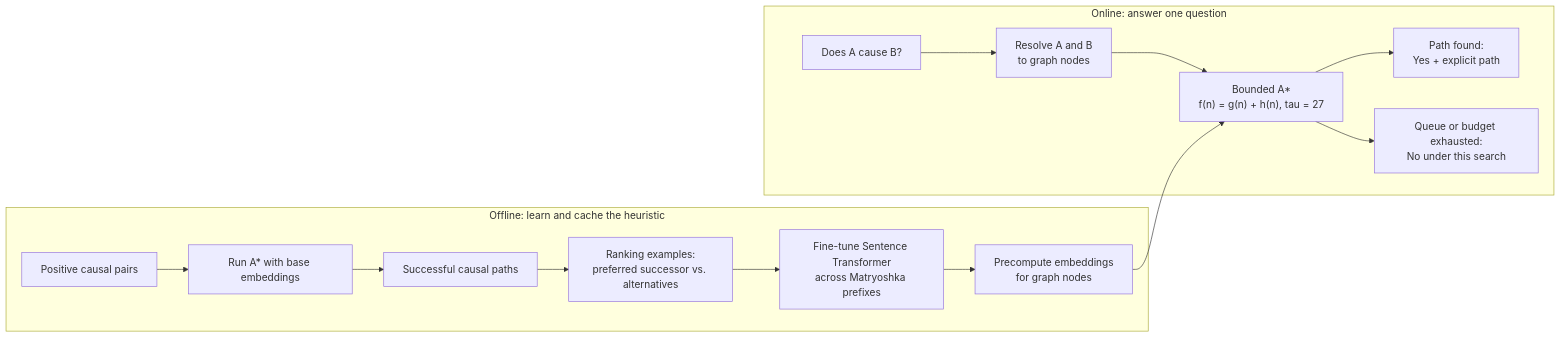
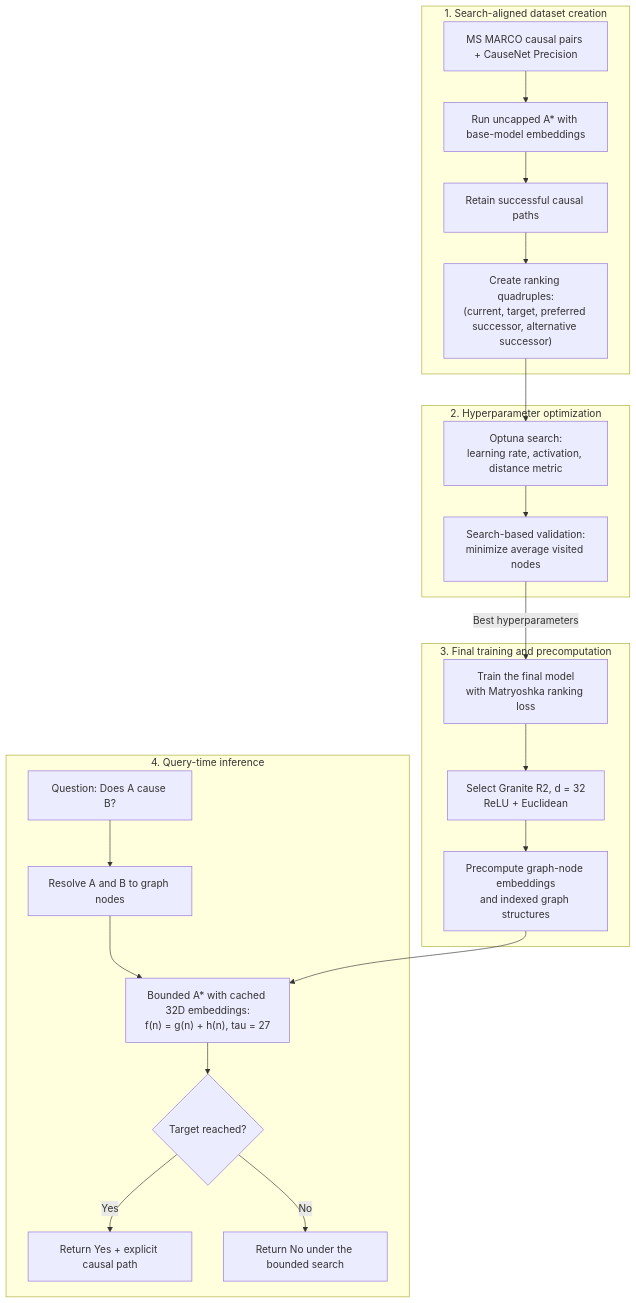
Before and after one commit to AshkanKiafard/thesis: the diagram in README.md, drawn with Mermaid. The commit also changed other lines of this file, not shown here.

Commit message:
Refine README methodology and demo

````diff
--- a/README.md
+++ b/README.md
@@ -24,18 +26,28 @@
 ```mermaid
-flowchart LR
-  subgraph Offline["Offline: learn and cache the heuristic"]
-    Q["Positive causal pairs"] --> B["Run A* with base embeddings"]
-    B --> P["Successful causal paths"]
-    P --> R["Ranking examples:<br/>preferred successor vs. alternatives"]
-    R --> F["Fine-tune Sentence Transformer<br/>across Matryoshka prefixes"]
-    F --> E["Precompute embeddings<br/>for graph nodes"]
+flowchart TB
+  subgraph Data["1. Search-aligned dataset creation"]
+    PAIRS["MS MARCO causal pairs + CauseNet Precision"] --> BASE["Run uncapped A* with base-model embeddings"]
+    BASE --> PATHS["Retain successful causal paths"]
+    PATHS --> QUADS["Create ranking quadruples:<br/>(current, target, preferred successor, alternative successor)"]
   end
 
-  subgraph Online["Online: answer one question"]
-    I["Does A cause B?"] --> N["Resolve A and B<br/>to graph nodes"]
-    N --> S["Bounded A*<br/>f(n) = g(n) + h(n), tau = 27"]
-    E --> S
-    S --> Y["Path found:<br/>Yes + explicit path"]
-    S --> X["Queue or budget exhausted:<br/>No under this search"]
+  subgraph Tuning["2. Hyperparameter optimization"]
+    QUADS --> OPTUNA["Optuna search:<br/>learning rate, activation, distance metric"]
+    OPTUNA --> VALIDATE["Search-based validation:<br/>minimize average visited nodes"]
+  end
+
+  subgraph Training["3. Final training and precomputation"]
+    VALIDATE -->|"Best hyperparameters"| TRAIN["Train the final model<br/>with Matryoshka ranking loss"]
+    TRAIN --> SELECT["Select Granite R2, d = 32<br/>ReLU + Euclidean"]
+    SELECT --> CACHE["Precompute graph-node embeddings<br/>and indexed graph structures"]
+  end
+
+  subgraph Inference["4. Query-time inference"]
+    QUESTION["Question: Does A cause B?"] --> MAP["Resolve A and B to graph nodes"]
+    MAP --> ASTAR["Bounded A* with cached 32D embeddings:<br/>f(n) = g(n) + h(n), tau = 27"]
+    CACHE --> ASTAR
+    ASTAR --> REACHED{"Target reached?"}
+    REACHED -->|Yes| YES["Return Yes + explicit causal path"]
+    REACHED -->|No| NO["Return No under the bounded search"]
   end
 ```
````
